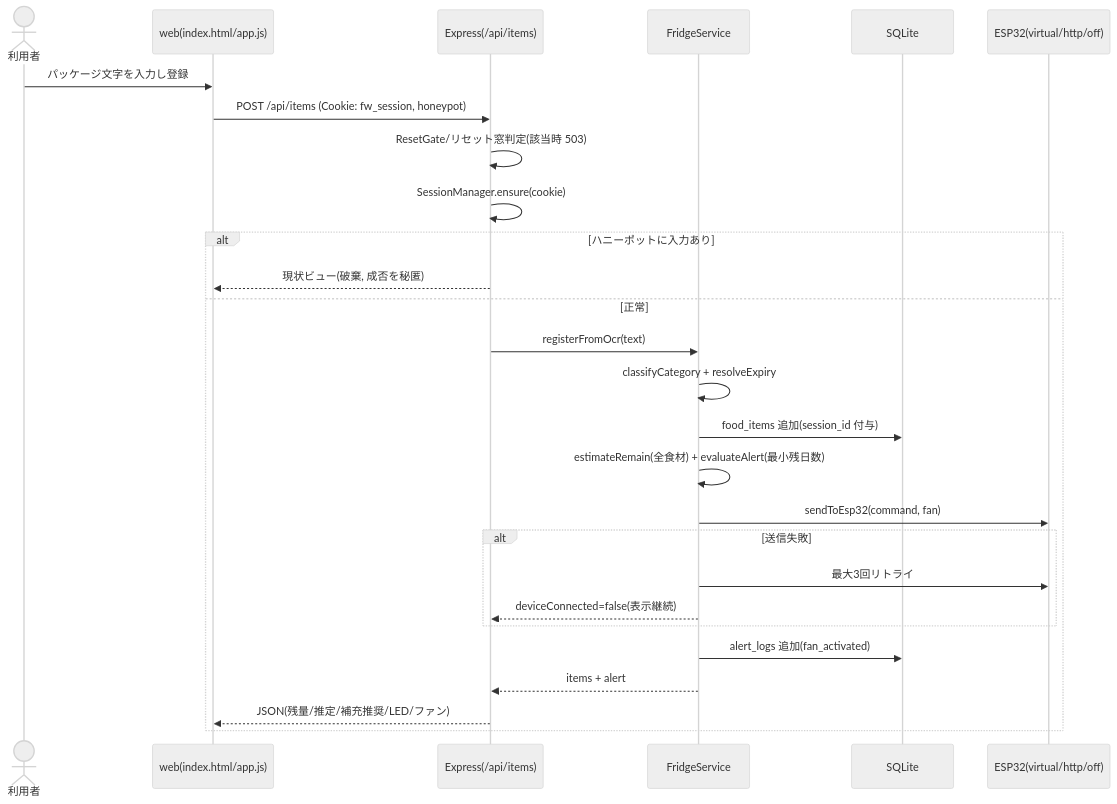
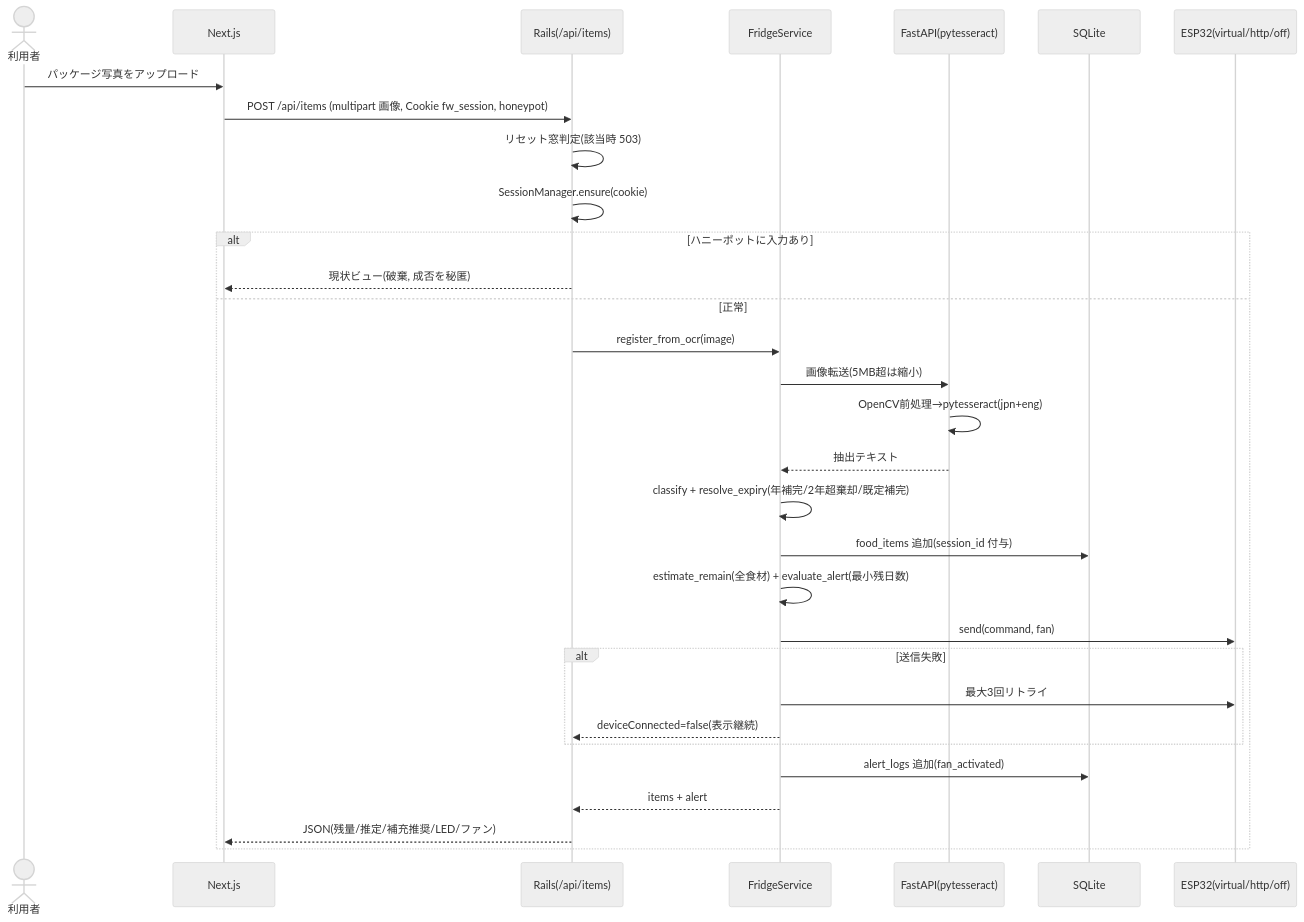
The fourth of 5 diagrams in SPEC/reverse-engineering.md (rictaworks/fridge-watch-demo), drawn with Mermaid (neutral theme) before and after one commit. The commit also changed other lines of this file and 203 other files, not shown here.

First line of the commit message:
feat: 正本設計 §1.3 準拠の3層構成へ全面再構築(Next.js + Rails + FastAPI OCR)

````diff
--- a/SPEC/reverse-engineering.md
+++ b/SPEC/reverse-engineering.md
@@ -64,30 +95,34 @@
 ```mermaid
 sequenceDiagram
     actor User as 利用者
-    participant UI as web(index.html/app.js)
-    participant API as Express(/api/items)
+    participant FE as Next.js
+    participant API as Rails(/api/items)
     participant SVC as FridgeService
+    participant OCR as FastAPI(pytesseract)
     participant DB as SQLite
     participant DEV as ESP32(virtual/http/off)
 
-    User->>UI: パッケージ文字を入力し登録
-    UI->>API: POST /api/items (Cookie: fw_session, honeypot)
-    API->>API: ResetGate/リセット窓判定(該当時 503)
+    User->>FE: パッケージ写真をアップロード
+    FE->>API: POST /api/items (multipart 画像, Cookie fw_session, honeypot)
+    API->>API: リセット窓判定(該当時 503)
     API->>API: SessionManager.ensure(cookie)
     alt ハニーポットに入力あり
-        API-->>UI: 現状ビュー(破棄, 成否を秘匿)
+        API-->>FE: 現状ビュー(破棄, 成否を秘匿)
     else 正常
-        API->>SVC: registerFromOcr(text)
-        SVC->>SVC: classifyCategory + resolveExpiry
+        API->>SVC: register_from_ocr(image)
+        SVC->>OCR: 画像転送(5MB超は縮小)
+        OCR->>OCR: OpenCV前処理→pytesseract(jpn+eng)
+        OCR-->>SVC: 抽出テキスト
+        SVC->>SVC: classify + resolve_expiry(年補完/2年超棄却/既定補完)
         SVC->>DB: food_items 追加(session_id 付与)
-        SVC->>SVC: estimateRemain(全食材) + evaluateAlert(最小残日数)
-        SVC->>DEV: sendToEsp32(command, fan)
+        SVC->>SVC: estimate_remain(全食材) + evaluate_alert(最小残日数)
+        SVC->>DEV: send(command, fan)
         alt 送信失敗
             SVC->>DEV: 最大3回リトライ
             SVC-->>API: deviceConnected=false(表示継続)
         end
         SVC->>DB: alert_logs 追加(fan_activated)
         SVC-->>API: items + alert
-        API-->>UI: JSON(残量/推定/補充推奨/LED/ファン)
+        API-->>FE: JSON(残量/推定/補充推奨/LED/ファン)
     end
 ```
````
